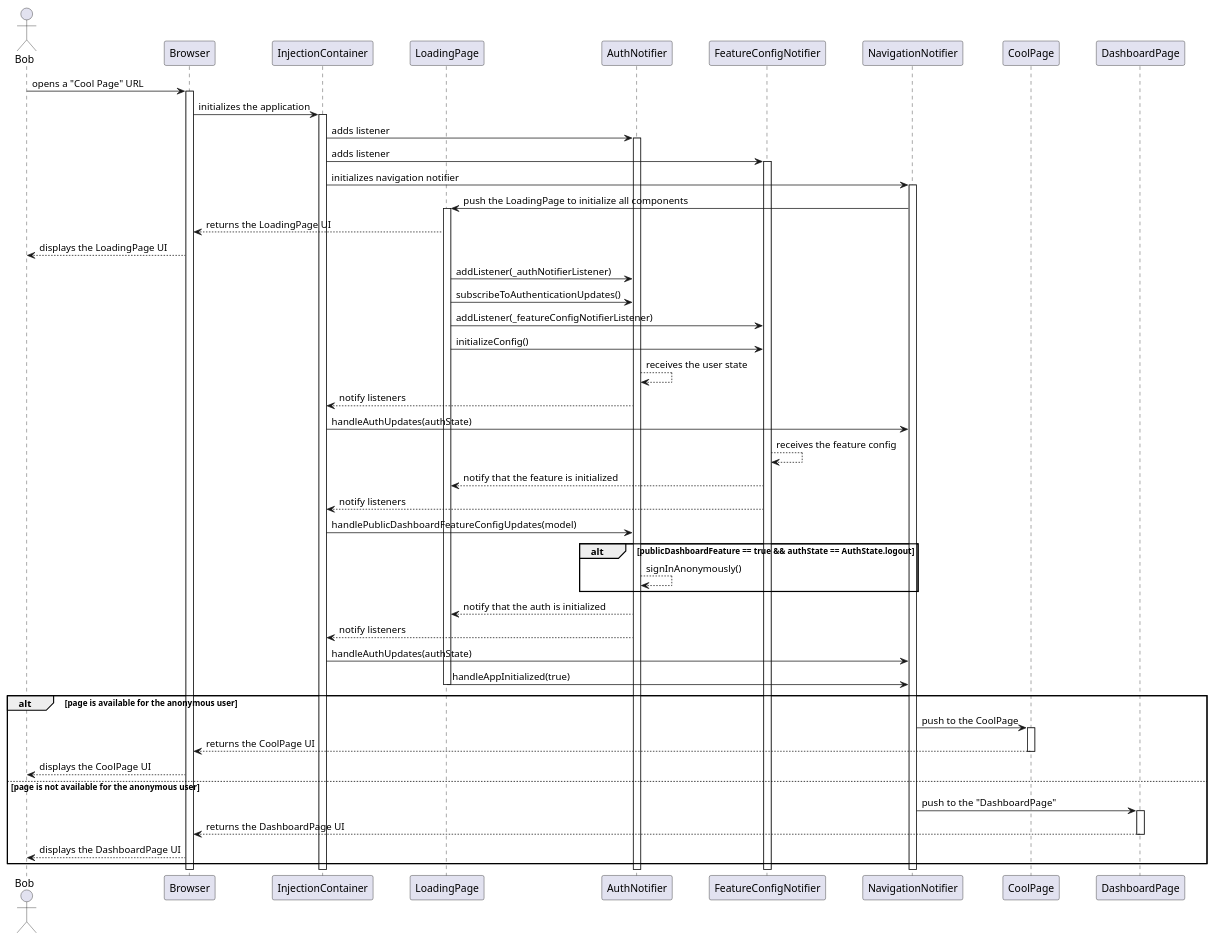
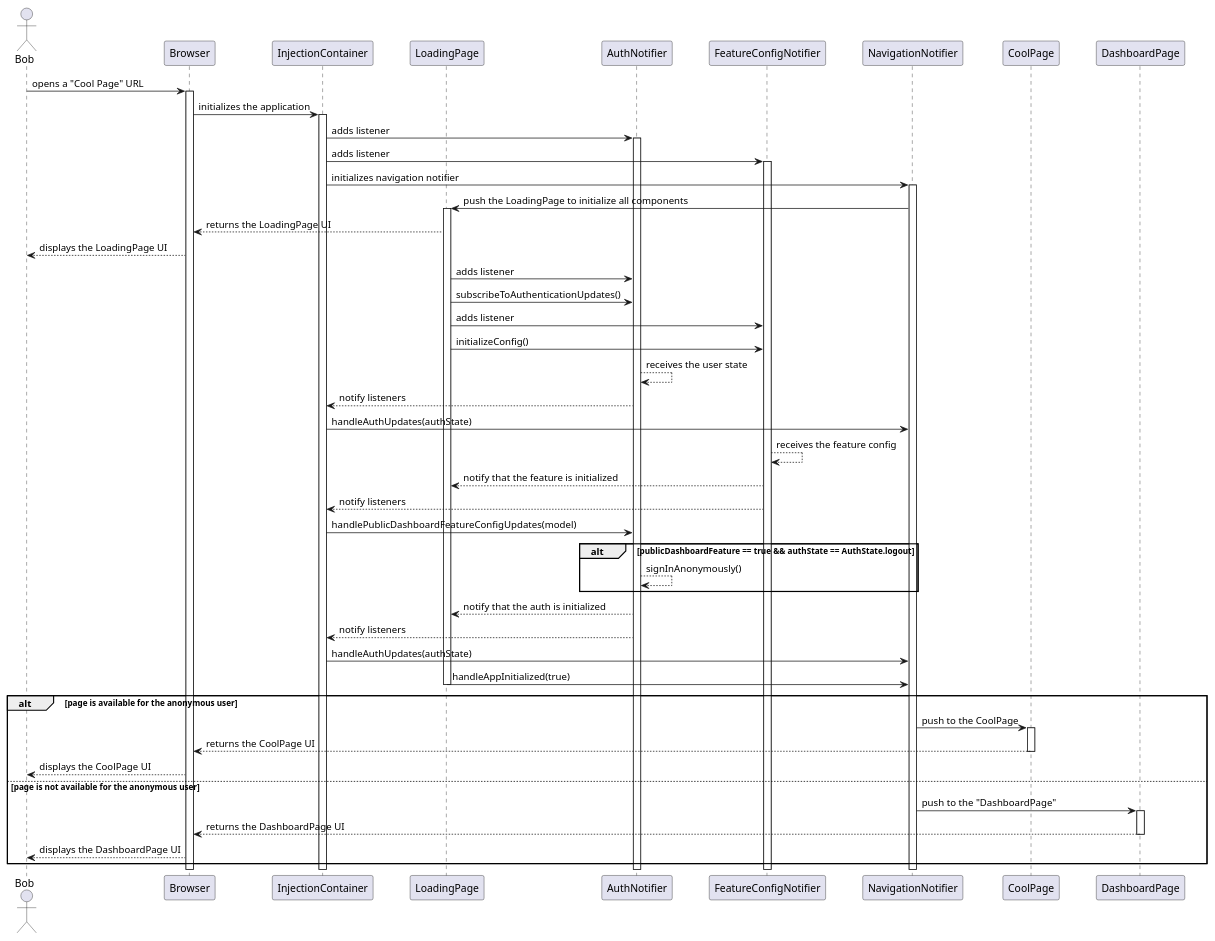
Before and after one commit to Flank/flank-dashboard: the diagram in metrics/web/docs/features/public_dashboard/diagrams/public_dashboard_sequence_diagram.puml, drawn with PlantUML. The commit also changed 3 other files, not shown here.

```diff
--- a/metrics/web/docs/features/public_dashboard/diagrams/public_dashboard_sequence_diagram.puml
+++ b/metrics/web/docs/features/public_dashboard/diagrams/public_dashboard_sequence_diagram.puml
@@ -1,60 +1,60 @@
 @startuml public_dashboard_sequence_diagram
 
 skinparam ParticipantPadding 20
 skinparam BoxPadding 10
 
 actor Bob
 
 participant Browser
 participant InjectionContainer
 participant LoadingPage
 participant AuthNotifier
 participant FeatureConfigNotifier
 participant NavigationNotifier
 participant CoolPage
 participant DashboardPage
 
 Bob -> Browser ++:  opens a "Cool Page" URL
 Browser -> InjectionContainer ++: initializes the application
 InjectionContainer -> AuthNotifier ++: adds listener
 InjectionContainer -> FeatureConfigNotifier ++: adds listener
 InjectionContainer -> NavigationNotifier ++: initializes navigation notifier
 NavigationNotifier -> LoadingPage ++: push the LoadingPage to initialize all components
 LoadingPage --> Browser: returns the LoadingPage UI
 Browser --> Bob: displays the LoadingPage UI
 
-LoadingPage -> AuthNotifier: addListener(_authNotifierListener)
+LoadingPage -> AuthNotifier: adds listener
 LoadingPage -> AuthNotifier: subscribeToAuthenticationUpdates()
-LoadingPage -> FeatureConfigNotifier: addListener(_featureConfigNotifierListener)
+LoadingPage -> FeatureConfigNotifier: adds listener
 LoadingPage -> FeatureConfigNotifier: initializeConfig()
 
 AuthNotifier --> AuthNotifier: receives the user state
 AuthNotifier --> InjectionContainer: notify listeners
 InjectionContainer -> NavigationNotifier: handleAuthUpdates(authState)
 
 FeatureConfigNotifier --> FeatureConfigNotifier: receives the feature config
 FeatureConfigNotifier --> LoadingPage: notify that the feature is initialized
 FeatureConfigNotifier --> InjectionContainer: notify listeners
 InjectionContainer -> AuthNotifier: handlePublicDashboardFeatureConfigUpdates(model)
 
 alt publicDashboardFeature == true && authState == AuthState.logout
 AuthNotifier --> AuthNotifier: signInAnonymously()
 end
 
 AuthNotifier --> LoadingPage: notify that the auth is initialized
 AuthNotifier --> InjectionContainer: notify listeners
 InjectionContainer -> NavigationNotifier: handleAuthUpdates(authState)
 LoadingPage -> NavigationNotifier: handleAppInitialized(true)
 LoadingPage--
 
 alt page is available for the anonymous user
 NavigationNotifier -> CoolPage ++: push to the CoolPage
 CoolPage --> Browser --: returns the CoolPage UI
 Browser --> Bob: displays the CoolPage UI
 else page is not available for the anonymous user
 NavigationNotifier -> DashboardPage ++: push to the "DashboardPage"
 DashboardPage --> Browser --: returns the DashboardPage UI
 Browser --> Bob: displays the DashboardPage UI
 end
 
 @enduml
```
